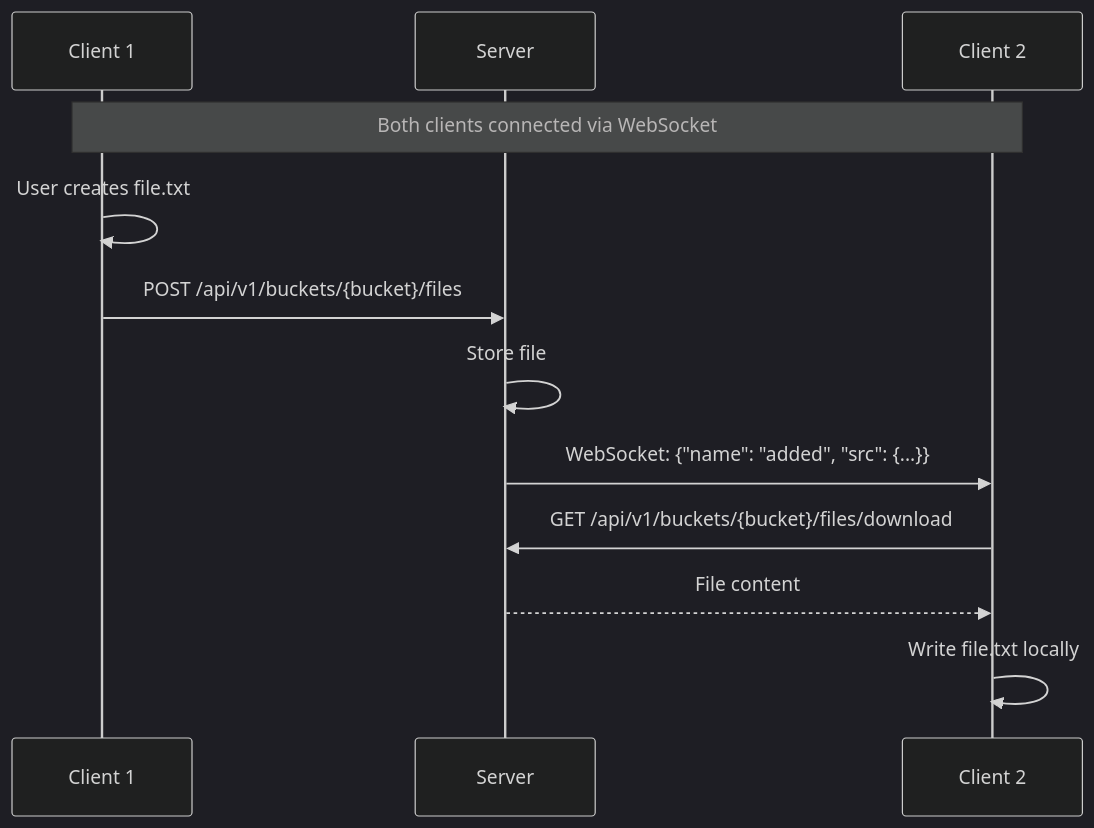
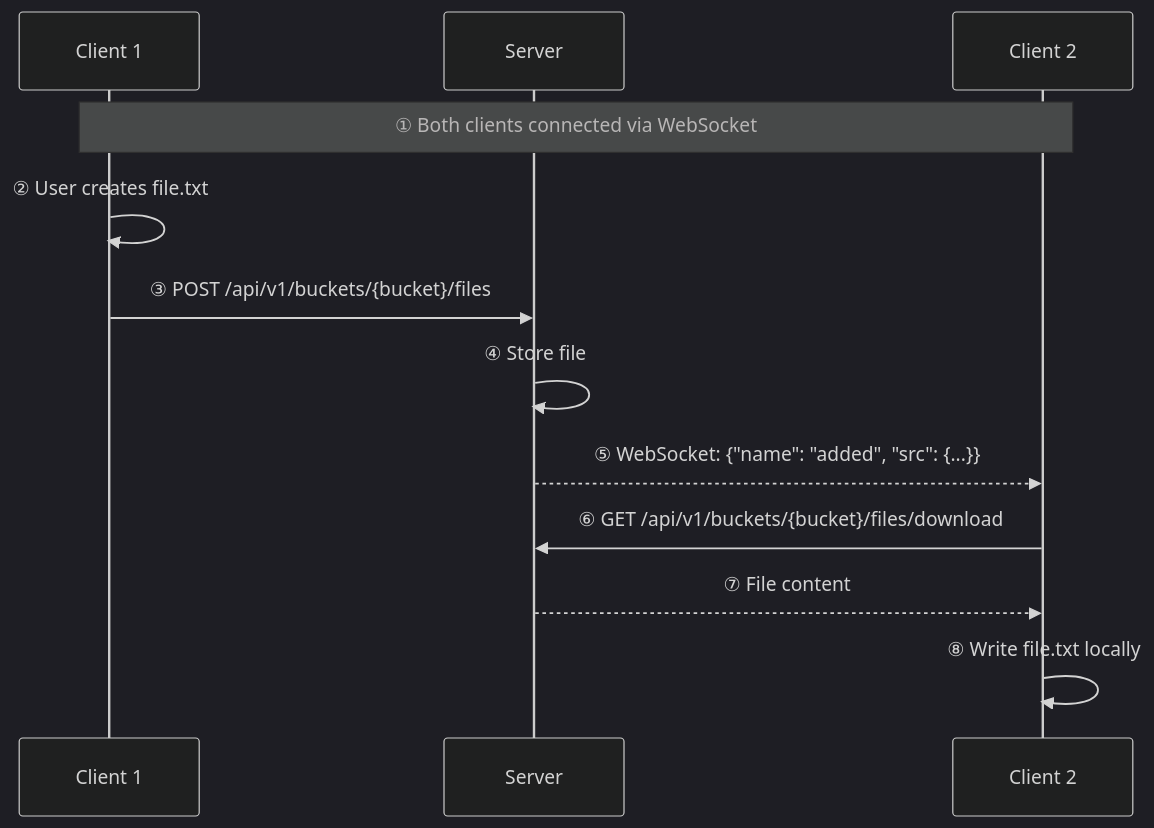
The third of 7 diagrams in docs/sync-flow.md (albertsdk/hsync-server), drawn with Mermaid (dark theme) before and after one commit. The commit also changed other lines of this file and 17 other files, not shown here.

First line of the commit message:
Add numbered phases to documentation diagrams

````diff
--- a/docs/sync-flow.md
+++ b/docs/sync-flow.md
@@ -85,16 +85,16 @@
 ```mermaid
 sequenceDiagram
     participant C1 as Client 1
     participant S as Server
     participant C2 as Client 2
 
-    Note over C1,C2: Both clients connected via WebSocket
+    Note over C1,C2: ① Both clients connected via WebSocket
 
-    C1->>C1: User creates file.txt
-    C1->>S: POST /api/v1/buckets/{bucket}/files
-    S->>S: Store file
-    S->>C2: WebSocket: {"name": "added", "src": {...}}
-    C2->>S: GET /api/v1/buckets/{bucket}/files/download
-    S-->>C2: File content
-    C2->>C2: Write file.txt locally
+    C1->>C1: ② User creates file.txt
+    C1->>S: ③ POST /api/v1/buckets/{bucket}/files
+    S->>S: ④ Store file
+    S-->>C2: ⑤ WebSocket: {"name": "added", "src": {...}}
+    C2->>S: ⑥ GET /api/v1/buckets/{bucket}/files/download
+    S-->>C2: ⑦ File content
+    C2->>C2: ⑧ Write file.txt locally
 ```
````
